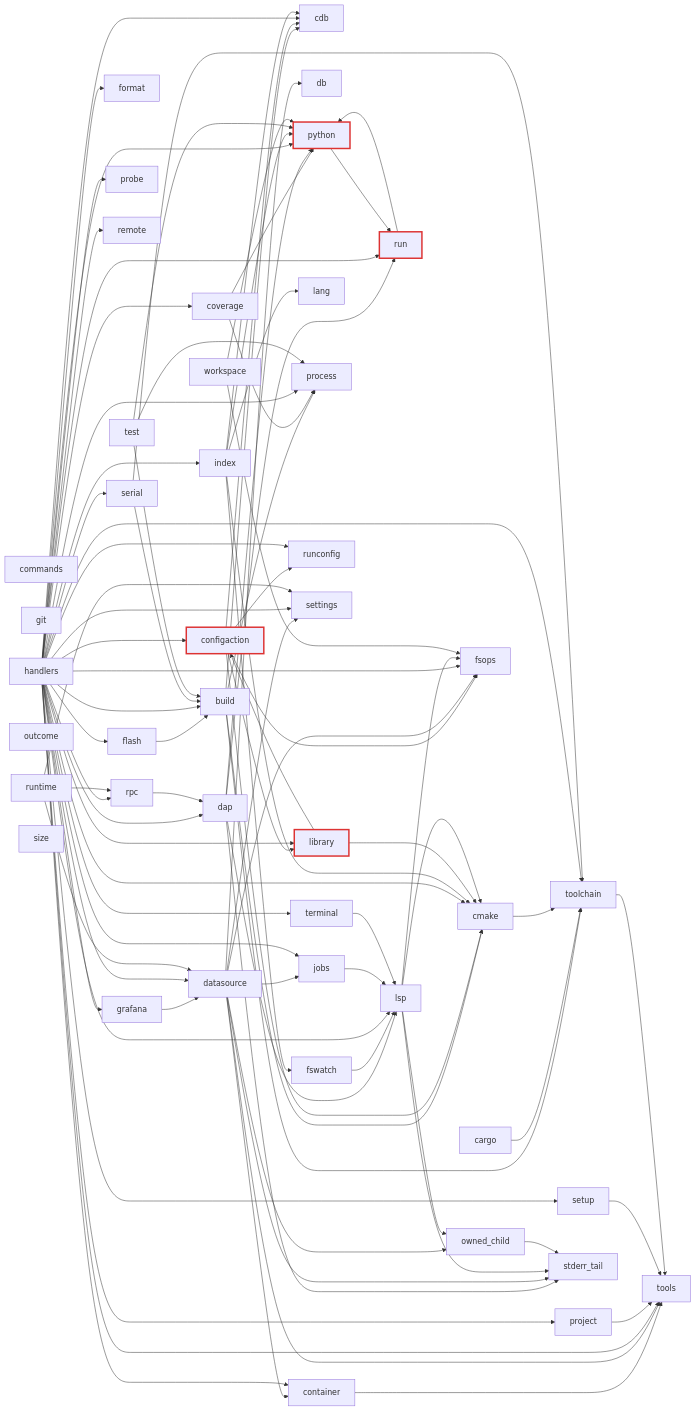
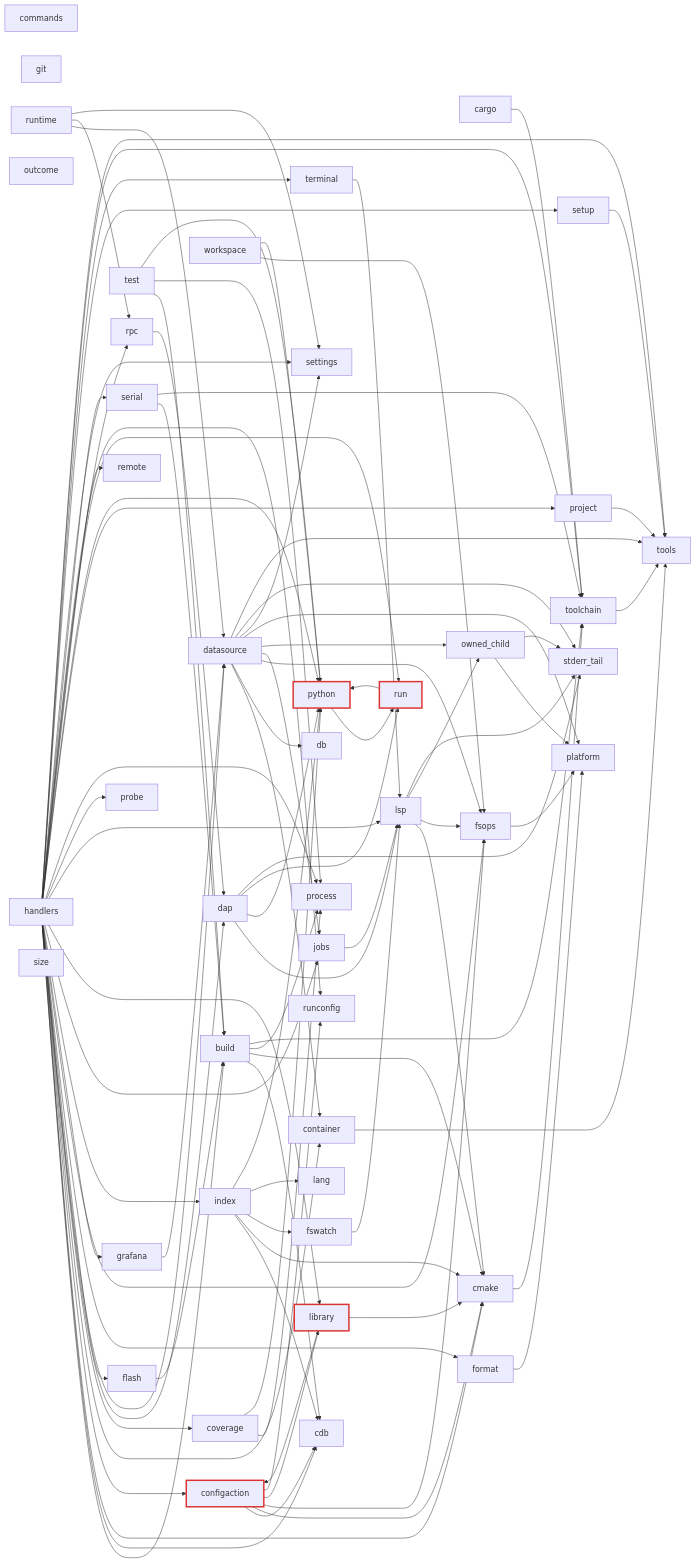
One commit to ViktorWalde/KineinVectis changed the third of 16 diagrams in DocsPublic/arquitetura/01-mapa-de-modulos.md. Above: the diagram before and after it, drawn with Mermaid. The commit also changed other lines of this file and 44 other files, not shown here.

```diff
--- a/DocsPublic/arquitetura/01-mapa-de-modulos.md
+++ b/DocsPublic/arquitetura/01-mapa-de-modulos.md
@@ -115,6 +115,7 @@
   n_core_lsp[lsp]
   n_core_outcome[outcome]
   n_core_owned_child[owned_child]
+  n_core_platform[platform]
   n_core_probe[probe]
   n_core_process[process]
   n_core_project[project]
@@ -157,10 +158,13 @@
   n_core_datasource --> n_core_fsops
   n_core_datasource --> n_core_jobs
   n_core_datasource --> n_core_owned_child
+  n_core_datasource --> n_core_platform
   n_core_datasource --> n_core_settings
   n_core_datasource --> n_core_stderr_tail
   n_core_datasource --> n_core_tools
   n_core_flash --> n_core_build
+  n_core_format --> n_core_platform
+  n_core_fsops --> n_core_platform
   n_core_fswatch --> n_core_lsp
   n_core_grafana --> n_core_datasource
   n_core_handlers --> n_core_build
@@ -205,6 +209,7 @@
   n_core_lsp --> n_core_fsops
   n_core_lsp --> n_core_owned_child
   n_core_lsp --> n_core_stderr_tail
+  n_core_owned_child --> n_core_platform
   n_core_owned_child --> n_core_stderr_tail
   n_core_project --> n_core_tools
   n_core_python --> n_core_run
```
